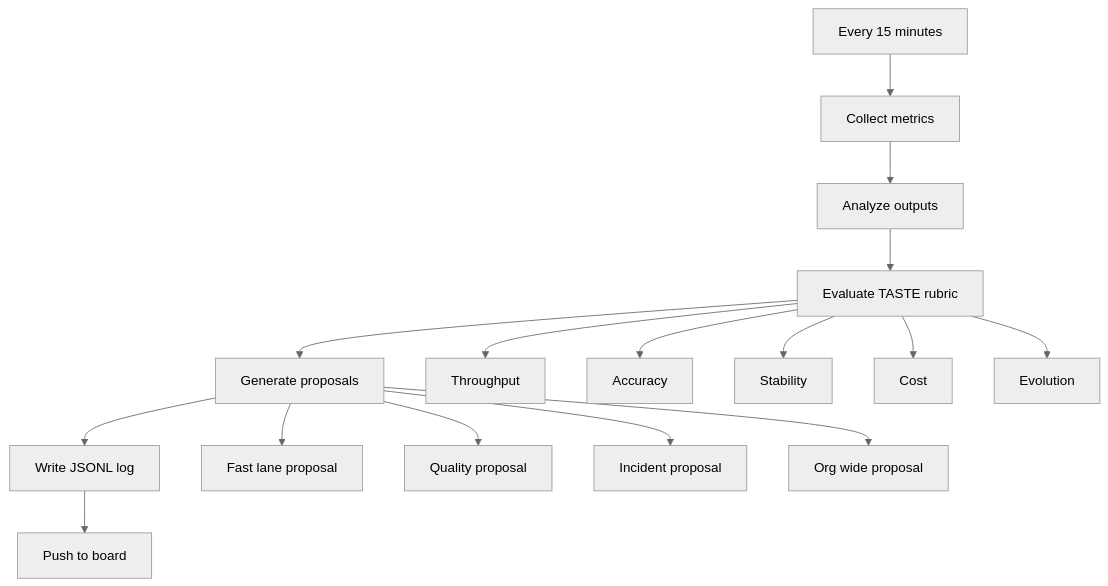
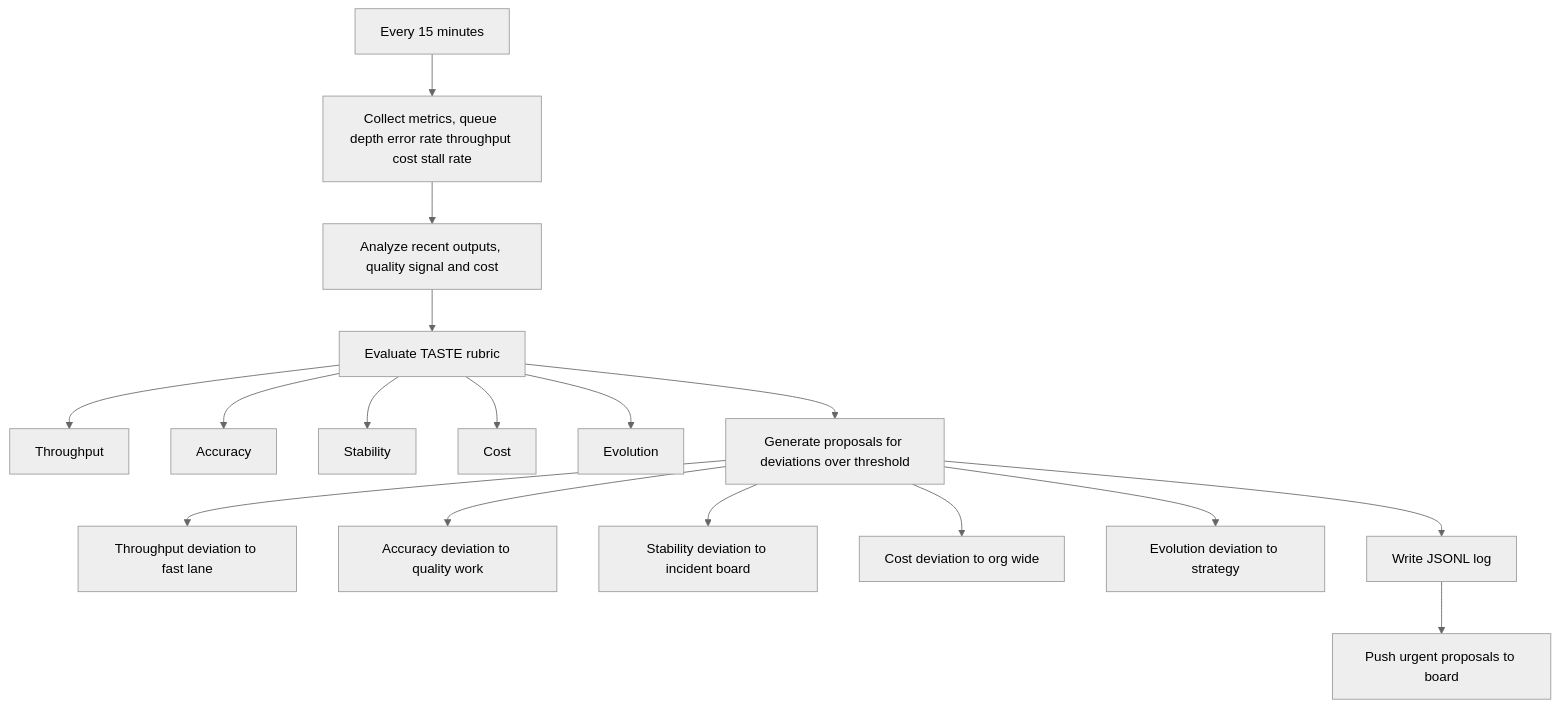
Before and after one commit to mmartoccia/ghost-orchestration-pattern: the diagram in diagrams/CRON_ORCHESTRATOR.mmd, drawn with Mermaid (neutral theme). The commit also changed 11 other files, not shown here.

First line of the commit message:
Restore diagram fidelity while keeping GitHub-safe Mermaid

```diff
--- a/diagrams/CRON_ORCHESTRATOR.mmd
+++ b/diagrams/CRON_ORCHESTRATOR.mmd
@@ -1,28 +1,30 @@
 graph TD
-    R1[Every 15 minutes]
-    R2[Collect metrics]
-    R3[Analyze outputs]
-    R4[Evaluate TASTE rubric]
-    R5[Generate proposals]
-    R6[Write JSONL log]
-    R7[Push to board]
+    C1[Every 15 minutes]
+    C2[Collect metrics, queue depth error rate throughput cost stall rate]
+    C3[Analyze recent outputs, quality signal and cost]
+    C4[Evaluate TASTE rubric]
     T1[Throughput]
     T2[Accuracy]
     T3[Stability]
     T4[Cost]
     T5[Evolution]
-    P1[Fast lane proposal]
-    P2[Quality proposal]
-    P3[Incident proposal]
-    P4[Org wide proposal]
+    C5[Generate proposals for deviations over threshold]
+    P1[Throughput deviation to fast lane]
+    P2[Accuracy deviation to quality work]
+    P3[Stability deviation to incident board]
+    P4[Cost deviation to org wide]
+    P5[Evolution deviation to strategy]
+    C6[Write JSONL log]
+    C7[Push urgent proposals to board]
 
-    R1 --> R2 --> R3 --> R4 --> R5 --> R6 --> R7
-    R4 --> T1
-    R4 --> T2
-    R4 --> T3
-    R4 --> T4
-    R4 --> T5
-    R5 --> P1
-    R5 --> P2
-    R5 --> P3
-    R5 --> P4
+    C1 --> C2 --> C3 --> C4 --> C5 --> C6 --> C7
+    C4 --> T1
+    C4 --> T2
+    C4 --> T3
+    C4 --> T4
+    C4 --> T5
+    C5 --> P1
+    C5 --> P2
+    C5 --> P3
+    C5 --> P4
+    C5 --> P5
```
